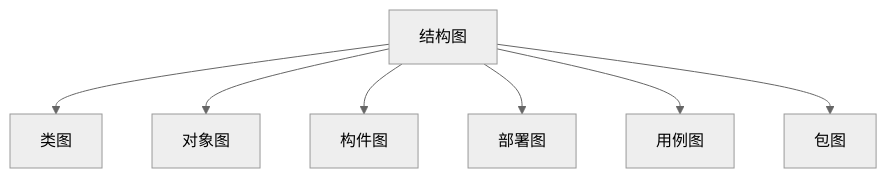
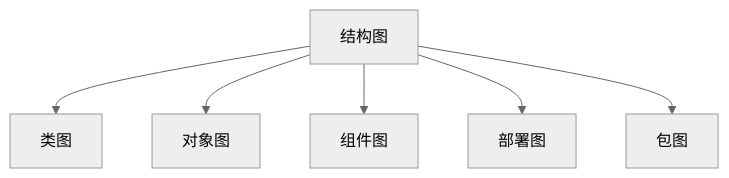
Before and after one commit to zhouxinbin/Notes: the first of 2 diagrams in School/专业课/软件系统分析与设计.md, drawn with Mermaid (neutral theme). The commit also changed other lines of this file and 2 other files, not shown here.

````diff
--- a/School/专业课/软件系统分析与设计.md
+++ b/School/专业课/软件系统分析与设计.md
@@ -115,10 +120,9 @@
 ```mermaid
 graph TD
 
 结构图 --> 类图
 结构图 --> 对象图
-结构图 --> 构件图
+结构图 --> 组件图
 结构图 --> 部署图
-结构图 --> 用例图
 结构图 --> 包图
 ```
````
